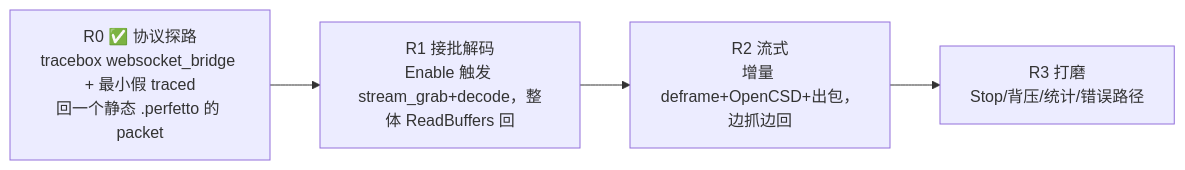
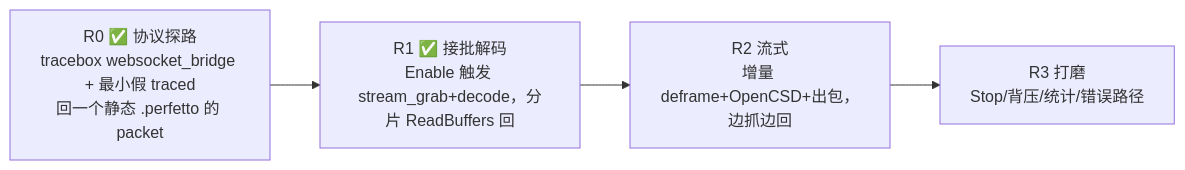
One commit to FASTSHIFT/cortrace changed the fifth of 5 diagrams in docs/03-perfetto-record-bridge.md. Above: the diagram before and after it, drawn with Mermaid. The commit also changed other lines of this file and 1 other file, not shown here.

````diff
--- a/docs/03-perfetto-record-bridge.md
+++ b/docs/03-perfetto-record-bridge.md
@@ -196,8 +196,8 @@
 ```mermaid
 flowchart LR
     R0["R0 ✅ 协议探路<br>tracebox websocket_bridge + 最小假 traced<br>回一个静态 .perfetto 的 packet"]
-    R1["R1 接批解码<br>Enable 触发 stream_grab+decode，整体 ReadBuffers 回"]
+    R1["R1 ✅ 接批解码<br>Enable 触发 stream_grab+decode，分片 ReadBuffers 回"]
     R2["R2 流式<br>增量 deframe+OpenCSD+出包，边抓边回"]
     R3["R3 打磨<br>Stop/背压/统计/错误路径"]
     R0 --> R1 --> R2 --> R3
 ```
````
